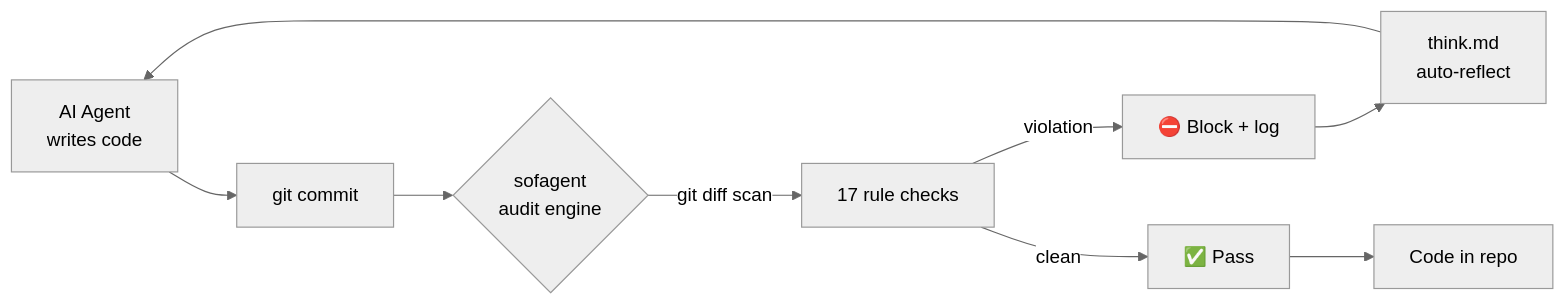
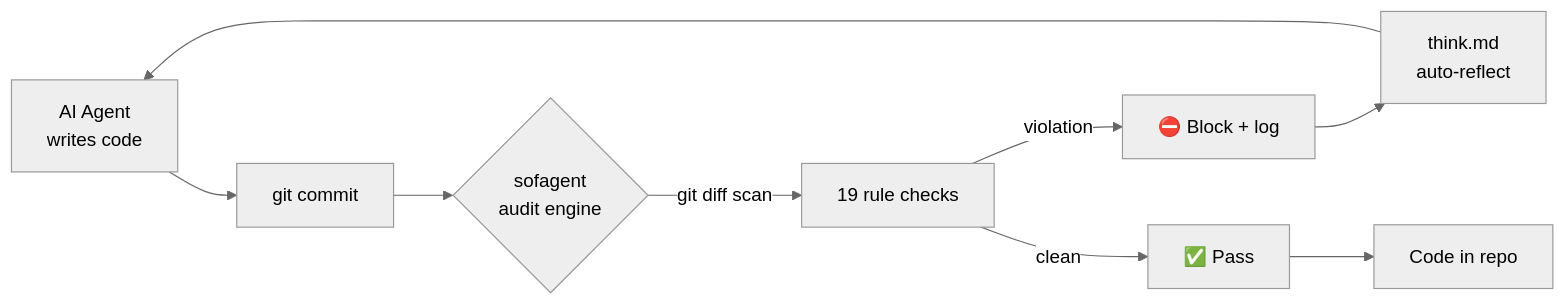
The third of 4 diagrams in README.en.md (KongFangXun/sofagent), drawn with Mermaid (neutral theme) before and after one commit. The commit also changed other lines of this file and 122 other files, not shown here.

````diff
--- a/README.en.md
+++ b/README.en.md
@@ -118,11 +118,11 @@
 ```mermaid
 graph LR
     A[AI Agent<br/>writes code] --> B[git commit]
     B --> C{sofagent<br/>audit engine}
-    C -->|git diff scan| D[17 rule checks]
+    C -->|git diff scan| D[19 rule checks]
     D -->|violation| E[⛔ Block + log]
     D -->|clean| F[✅ Pass]
     E --> G[think.md<br/>auto-reflect]
     F --> H[Code in repo]
     G --> A
 ```
````
